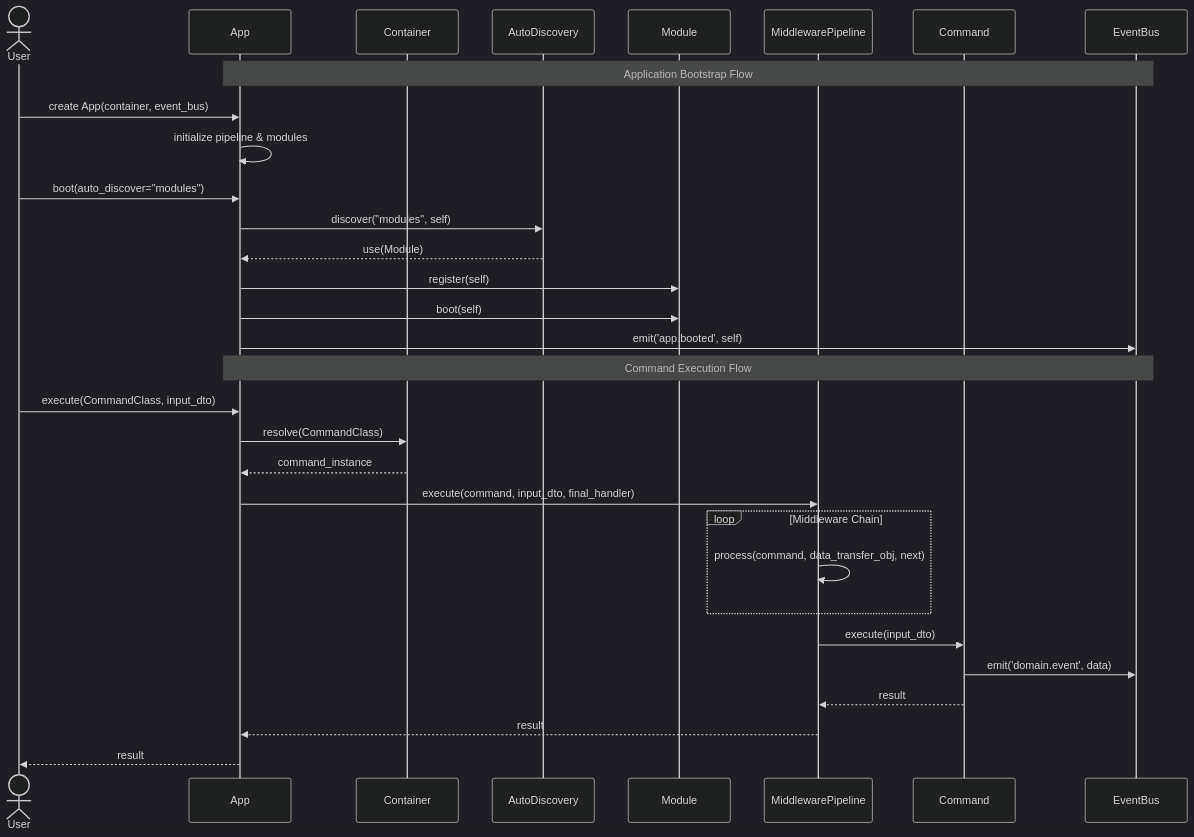
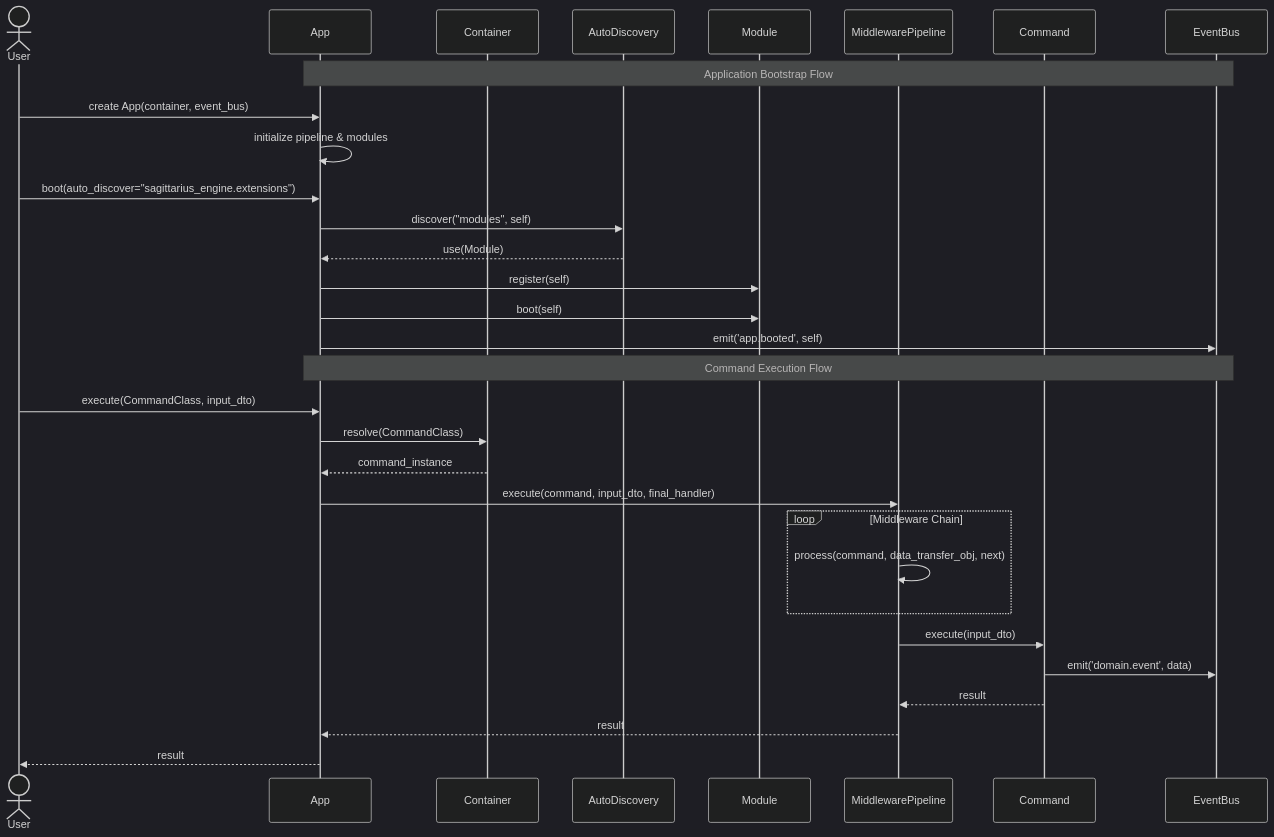
The diagram in docs/diagrams/sequence_bootstrap.mmd (anhembedded/Sagittarius-Engine), drawn with Mermaid (dark theme) before and after one commit. The commit also changed 176 other files, not shown here.

Commit message:
feat: add extensive test suite and architectural documentation for infrastructure and core modules

```diff
--- a/docs/diagrams/sequence_bootstrap.mmd
+++ b/docs/diagrams/sequence_bootstrap.mmd
@@ -1,41 +1,41 @@
 sequenceDiagram
     actor User
     participant App
     participant Container
     participant AutoDiscovery
     participant Module
     participant MiddlewarePipeline
     participant Command
     participant EventBus
 
     %% Bootstrap Flow
     Note over App, EventBus: Application Bootstrap Flow
     User->>App: create App(container, event_bus)
     App->>App: initialize pipeline & modules
-    User->>App: boot(auto_discover="modules")
+    User->>App: boot(auto_discover="sagittarius_engine.extensions")
 
     App->>AutoDiscovery: discover("modules", self)
     AutoDiscovery-->>App: use(Module)
     App->>Module: register(self)
 
     App->>Module: boot(self)
     App->>EventBus: emit('app.booted', self)
 
     %% Execute Command Flow
     Note over App, EventBus: Command Execution Flow
     User->>App: execute(CommandClass, input_dto)
     App->>Container: resolve(CommandClass)
     Container-->>App: command_instance
 
     App->>MiddlewarePipeline: execute(command, input_dto, final_handler)
 
     %% Note: using a loop here is a simplified way to represent the recursive middleware chain
     loop Middleware Chain
         MiddlewarePipeline->>MiddlewarePipeline: process(command, data_transfer_obj, next)
     end
 
     MiddlewarePipeline->>Command: execute(input_dto)
     Command->>EventBus: emit('domain.event', data)
     Command-->>MiddlewarePipeline: result
     MiddlewarePipeline-->>App: result
     App-->>User: result
```
